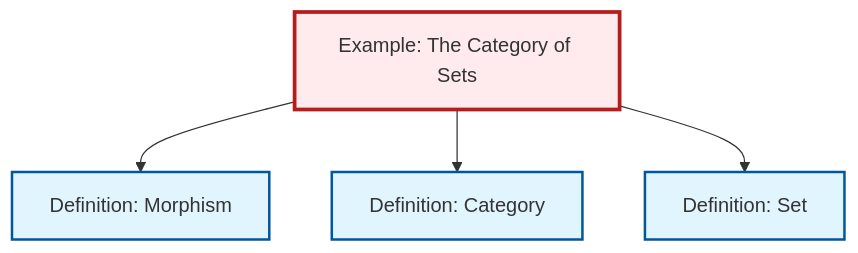
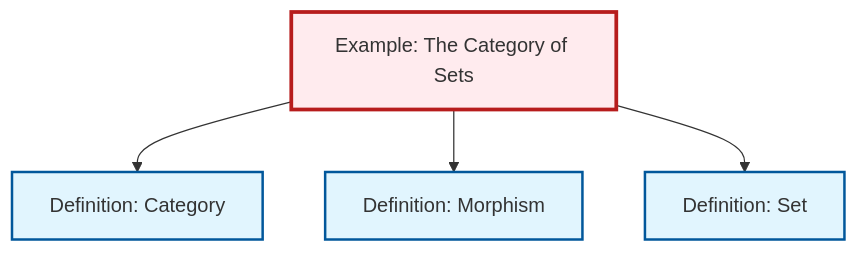
The diagram in content/en/category-theory/ex-set-category.qmd (RK0429/ModernMath), drawn with Mermaid before and after one commit. The commit also changed other lines of this file and 619 other files, not shown here.

````diff
--- a/content/en/category-theory/ex-set-category.qmd
+++ b/content/en/category-theory/ex-set-category.qmd
@@ -68,20 +68,20 @@
 ```{mermaid}
 %%| fig-cap: "Local dependency graph"
 graph TD
     classDef definition fill:#e1f5fe,stroke:#01579b,stroke-width:2px
     classDef theorem fill:#f3e5f5,stroke:#4a148c,stroke-width:2px
     classDef axiom fill:#fff3e0,stroke:#e65100,stroke-width:2px
     classDef example fill:#e8f5e9,stroke:#1b5e20,stroke-width:2px
     classDef current fill:#ffebee,stroke:#b71c1c,stroke-width:3px
+    ex-set-category["Example: The Category of Sets"]:::example
+    def-morphism["Definition: Morphism"]:::definition
+    def-category["Definition: Category"]:::definition
     def-set["Definition: Set"]:::definition
-    def-morphism["Definition: Morphism"]:::definition
-    ex-set-category["Example: The Category of Sets"]:::example
-    def-category["Definition: Category"]:::definition
+    ex-set-category --> def-category
     ex-set-category --> def-morphism
-    ex-set-category --> def-category
     ex-set-category --> def-set
     class ex-set-category current
-    click def-set "def-set.html" "Go to Set definition"
     click def-morphism "def-morphism.html" "Go to Morphism definition"
     click def-category "def-category.html" "Go to Category definition"
+    click def-set "def-set.html" "Go to Set definition"
 ```
````
